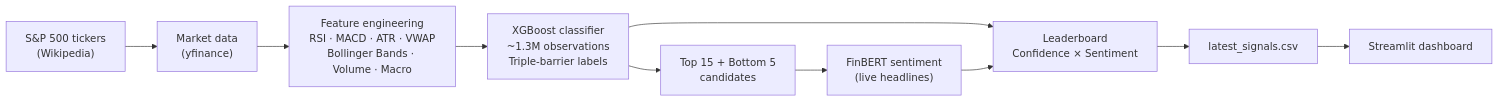
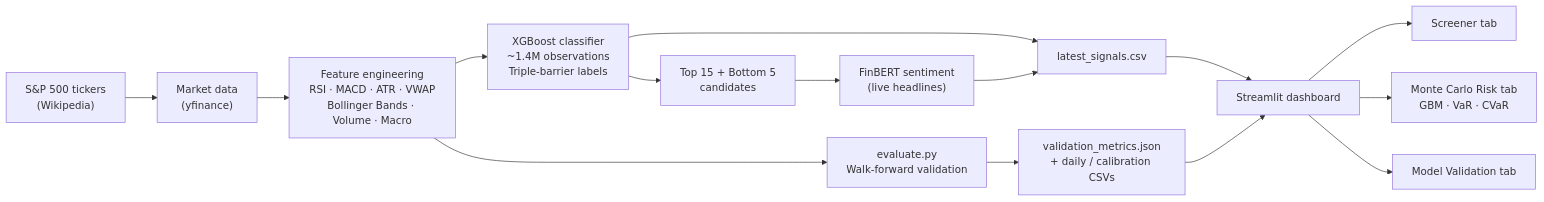
One commit to ethanbuckley/stockmarketS-P changed the diagram in README.md. Above: the diagram before and after it, drawn with Mermaid. The commit also changed other lines of this file, not shown here.

````diff
--- a/README.md
+++ b/README.md
@@ -19,11 +20,16 @@
 ```mermaid
 flowchart LR
     A["S&P 500 tickers\n(Wikipedia)"] --> B["Market data\n(yfinance)"]
     B --> C["Feature engineering\nRSI · MACD · ATR · VWAP\nBollinger Bands · Volume · Macro"]
-    C --> D["XGBoost classifier\n~1.3M observations\nTriple-barrier labels"]
+    C --> D["XGBoost classifier\n~1.4M observations\nTriple-barrier labels"]
     D --> E["Top 15 + Bottom 5\ncandidates"]
     E --> F["FinBERT sentiment\n(live headlines)"]
-    D & F --> G["Leaderboard\nConfidence × Sentiment"]
-    G --> H["latest_signals.csv"]
-    H --> I["Streamlit dashboard"]
+    D & F --> G["latest_signals.csv"]
+    C --> V["evaluate.py\nWalk-forward validation"]
+    V --> M["validation_metrics.json\n+ daily / calibration CSVs"]
+    G --> H["Streamlit dashboard"]
+    M --> H
+    H --> I["Screener tab"]
+    H --> J["Monte Carlo Risk tab\nGBM · VaR · CVaR"]
+    H --> K["Model Validation tab"]
 ```
````
